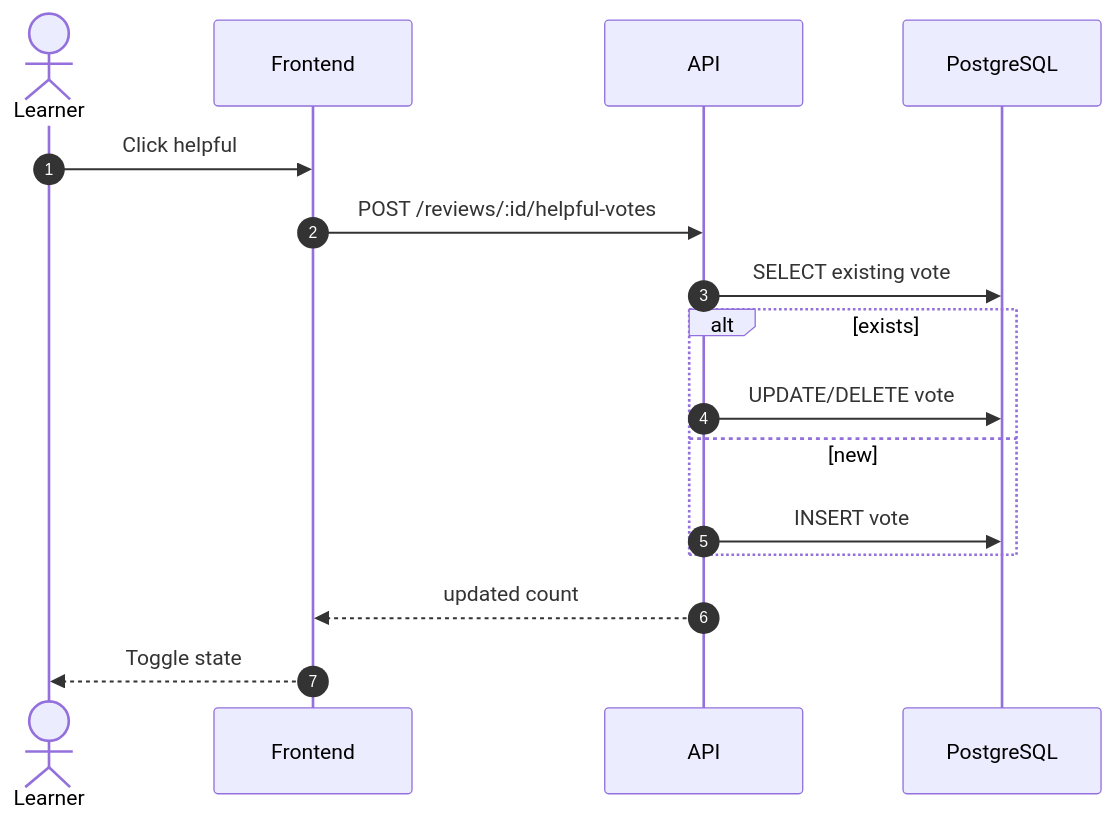
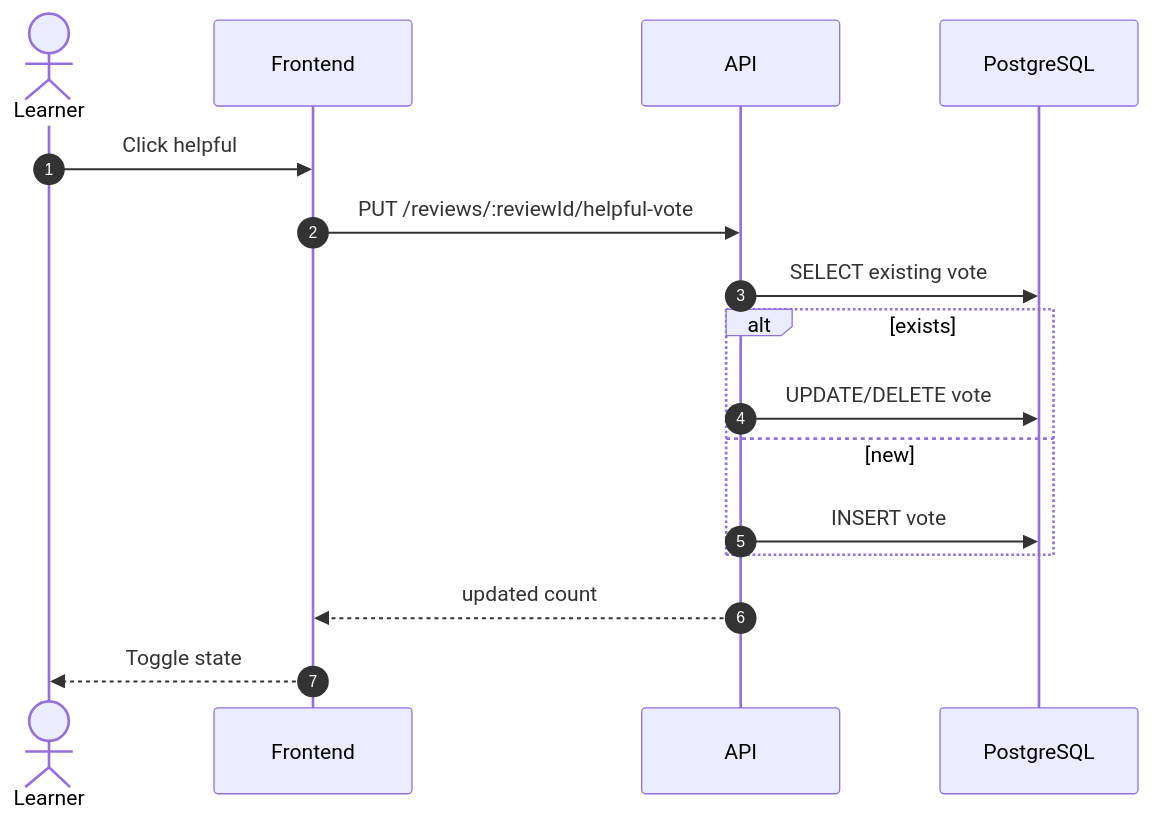
One commit to Rafy-Tho/LearnSphere changed the eighth of 12 diagrams in docs/diagrams/sequence-diagrams.md. Above: the diagram before and after it, drawn with Mermaid. The commit also changed other lines of this file and 65 other files, not shown here.

````diff
--- a/docs/diagrams/sequence-diagrams.md
+++ b/docs/diagrams/sequence-diagrams.md
@@ -181,19 +182,19 @@
 ```mermaid
 sequenceDiagram
   autonumber
   actor L as Learner
   participant F as Frontend
   participant A as API
   participant DB as PostgreSQL
 
   L->>F: Click helpful
-  F->>A: POST /reviews/:id/helpful-votes
+  F->>A: PUT /reviews/:reviewId/helpful-vote
   A->>DB: SELECT existing vote
   alt exists
     A->>DB: UPDATE/DELETE vote
   else new
     A->>DB: INSERT vote
   end
   A-->>F: updated count
   F-->>L: Toggle state
 ```
````
